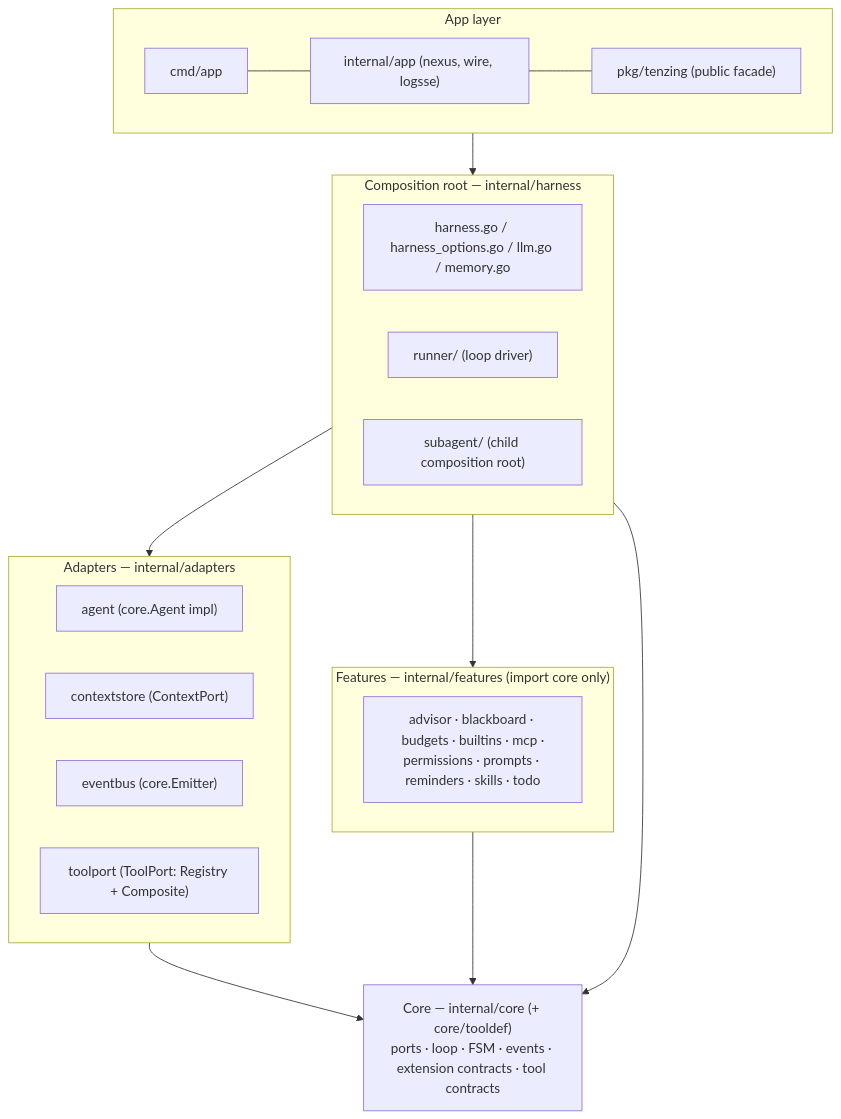
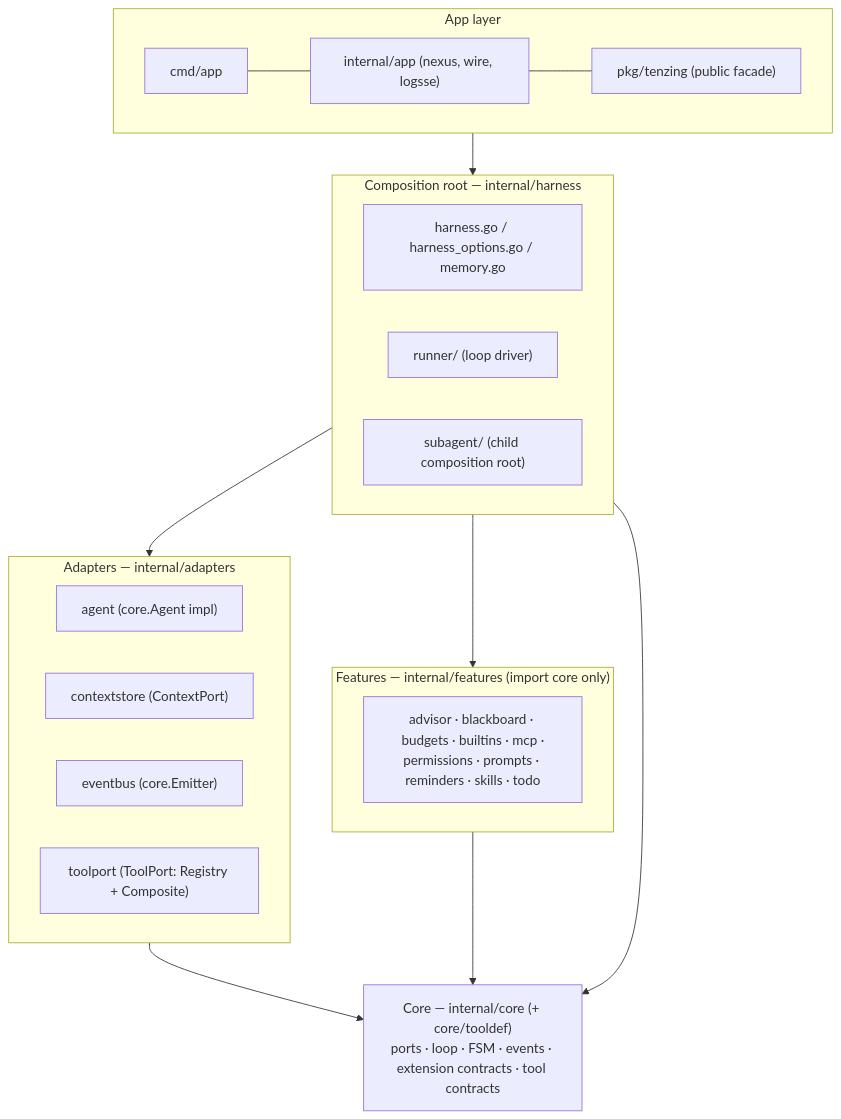
One commit to tab58/tenzing-agent-harness changed the first of 2 diagrams in SYSTEM_ARCHITECTURE.md. Above: the diagram before and after it, drawn with Mermaid. The commit also changed other lines of this file and 111 other files, not shown here.

````diff
--- a/SYSTEM_ARCHITECTURE.md
+++ b/SYSTEM_ARCHITECTURE.md
@@ -29,28 +29,28 @@
 ```mermaid
 flowchart TB
     subgraph APP["App layer"]
         CMD["cmd/app"] --- NEXUS["internal/app (nexus, wire, logsse)"] --- PKG["pkg/tenzing (public facade)"]
     end
     subgraph HARNESS["Composition root — internal/harness"]
-        H["harness.go / harness_options.go / llm.go / memory.go"]
+        H["harness.go / harness_options.go / memory.go"]
         RUNNER["runner/ (loop driver)"]
         SUB["subagent/ (child composition root)"]
     end
     subgraph ADAPTERS["Adapters — internal/adapters"]
         AG["agent (core.Agent impl)"]
         CS["contextstore (ContextPort)"]
         EB["eventbus (core.Emitter)"]
         TP["toolport (ToolPort: Registry + Composite)"]
     end
     subgraph FEATURES["Features — internal/features (import core only)"]
         F1["advisor · blackboard · budgets · builtins · mcp ·<br/>permissions · prompts · reminders · skills · todo"]
     end
     CORE["Core — internal/core (+ core/tooldef)<br/>ports · loop · FSM · events · extension contracts · tool contracts"]
 
     APP --> HARNESS
     HARNESS --> ADAPTERS
     HARNESS --> FEATURES
     ADAPTERS --> CORE
     FEATURES --> CORE
     HARNESS --> CORE
 ```
````
